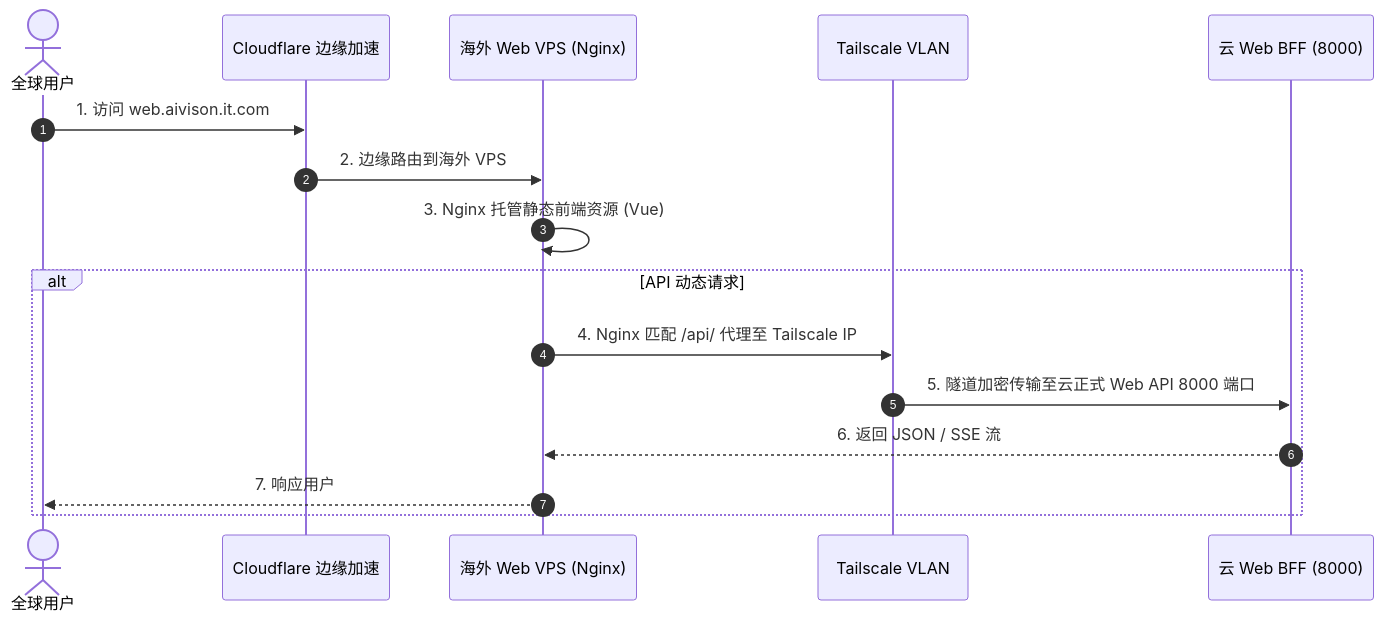
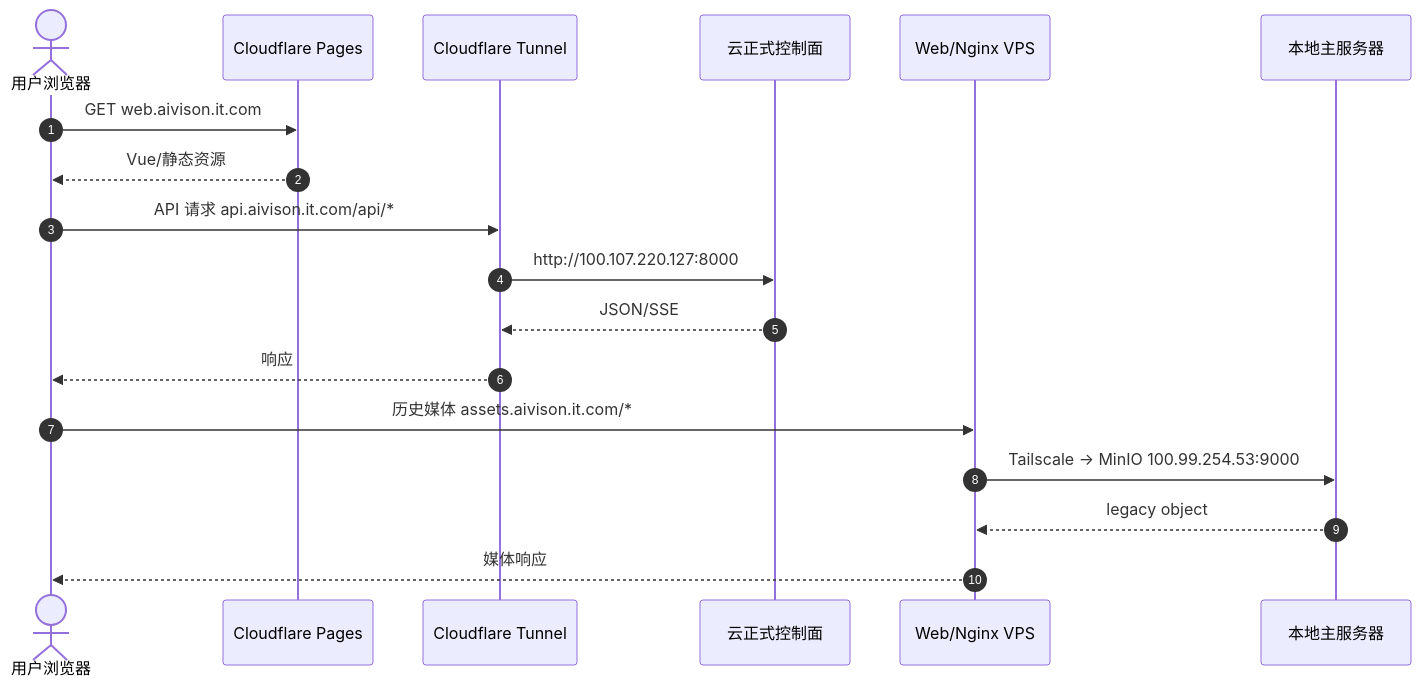
One commit to giraffu/All_bot changed the first of 2 diagrams in docs/子模块_网络暴露与代理穿透_network_proxy.md. Above: the diagram before and after it, drawn with Mermaid. The commit also changed other lines of this file and 26 other files, not shown here.

````diff
--- a/docs/子模块_网络暴露与代理穿透_network_proxy.md
+++ b/docs/子模块_网络暴露与代理穿透_network_proxy.md
@@ -8,19 +21,22 @@
 ```mermaid
 sequenceDiagram
     autonumber
-    actor User as 全球用户
-    participant CF as Cloudflare 边缘加速
-    participant VPS as 海外 Web VPS (Nginx)
-    participant TS as Tailscale VLAN
-    participant BFF as 云 Web BFF (8000)
-    
-    User->>CF: 1. 访问 web.aivison.it.com
-    CF->>VPS: 2. 边缘路由到海外 VPS
-    VPS->>VPS: 3. Nginx 托管静态前端资源 (Vue)
-    alt API 动态请求
-        VPS->>TS: 4. Nginx 匹配 /api/ 代理至 Tailscale IP
-        TS->>BFF: 5. 隧道加密传输至云正式 Web API 8000 端口
-        BFF-->>VPS: 6. 返回 JSON / SSE 流
-        VPS-->>User: 7. 响应用户
-    end
+    actor User as 用户浏览器
+    participant Pages as Cloudflare Pages
+    participant Tunnel as Cloudflare Tunnel
+    participant Cloud as 云正式控制面
+    participant VPS as Web/Nginx VPS
+    participant Local as 本地主服务器
+
+    User->>Pages: GET web.aivison.it.com
+    Pages-->>User: Vue/静态资源
+    User->>Tunnel: API 请求 api.aivison.it.com/api/*
+    Tunnel->>Cloud: http://100.107.220.127:8000
+    Cloud-->>Tunnel: JSON/SSE
+    Tunnel-->>User: 响应
+
+    User->>VPS: 历史媒体 assets.aivison.it.com/*
+    VPS->>Local: Tailscale -> MinIO 100.99.254.53:9000
+    Local-->>VPS: legacy object
+    VPS-->>User: 媒体响应
 ```
````
